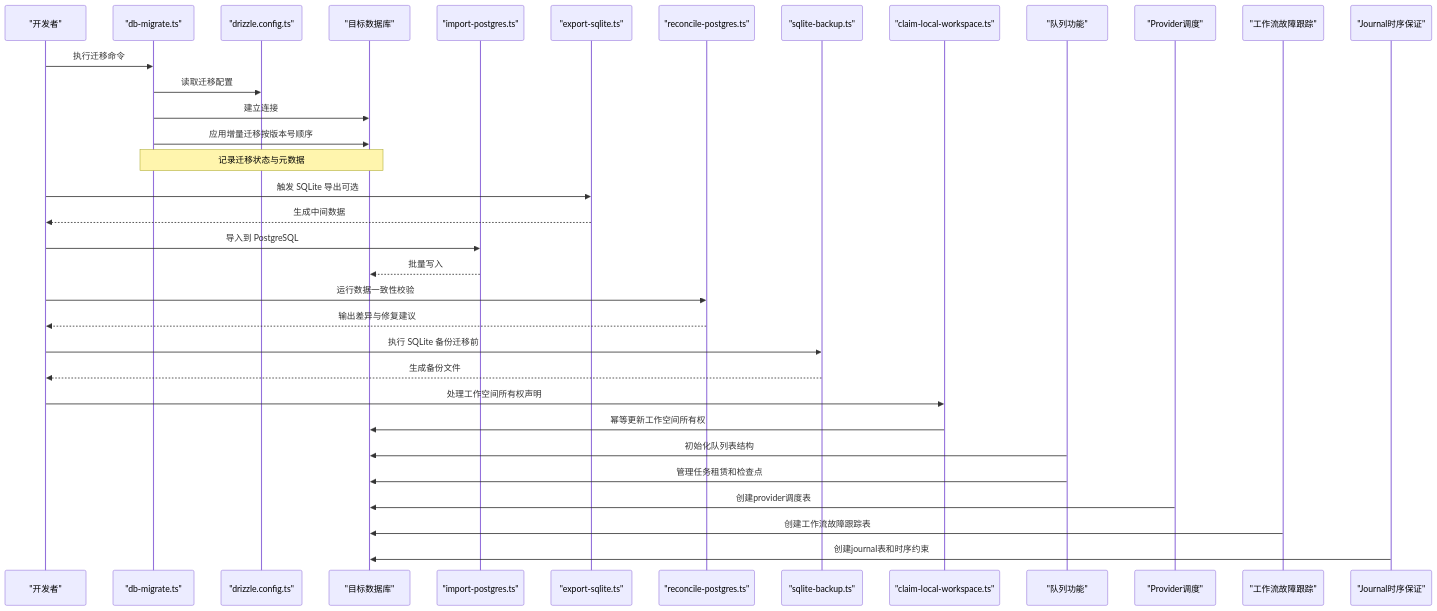
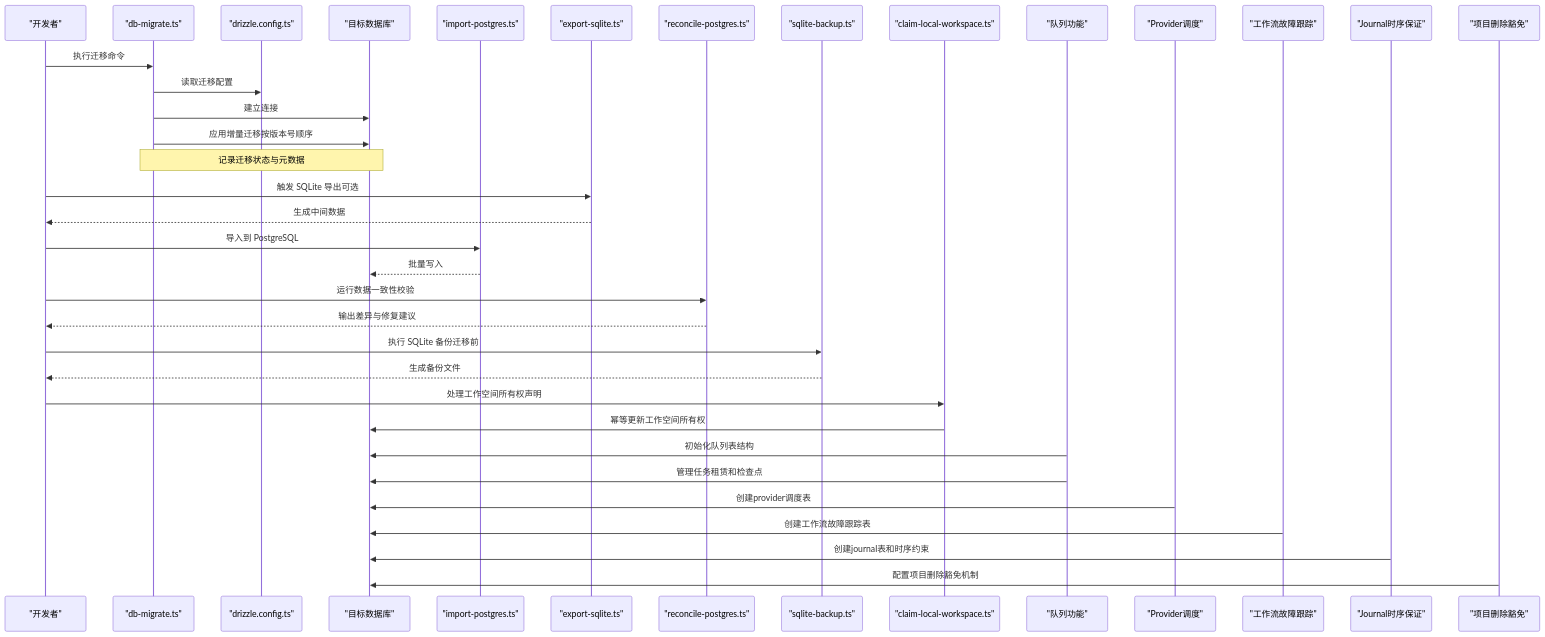
One commit to scottcwy/PurpleInk changed the second of 9 diagrams in .qoder/repowiki/zh/content/后端架构/数据访问层/数据迁移策略.md. Above: the diagram before and after it, drawn with Mermaid. The commit also changed other lines of this file and 23 other files, not shown here.

````diff
--- a/.qoder/repowiki/zh/content/后端架构/数据访问层/数据迁移策略.md
+++ b/.qoder/repowiki/zh/content/后端架构/数据访问层/数据迁移策略.md
@@ -119,36 +125,38 @@
 ```mermaid
 sequenceDiagram
 participant Dev as "开发者"
 participant CLI as "db-migrate.ts"
 participant Conf as "drizzle.config.ts"
 participant DB as "目标数据库"
 participant Import as "import-postgres.ts"
 participant Export as "export-sqlite.ts"
 participant Reconcile as "reconcile-postgres.ts"
 participant Backup as "sqlite-backup.ts"
 participant Claim as "claim-local-workspace.ts"
 participant Queue as "队列功能"
 participant Provider as "Provider调度"
 participant Fault as "工作流故障跟踪"
 participant Journal as "Journal时序保证"
+participant Purge as "项目删除豁免"
 Dev->>CLI : 执行迁移命令
 CLI->>Conf : 读取迁移配置
 CLI->>DB : 建立连接
 CLI->>DB : 应用增量迁移按版本号顺序
 Note over CLI,DB : 记录迁移状态与元数据
 Dev->>Export : 触发 SQLite 导出可选
 Export-->>Dev : 生成中间数据
 Dev->>Import : 导入到 PostgreSQL
 Import-->>DB : 批量写入
 Dev->>Reconcile : 运行数据一致性校验
 Reconcile-->>Dev : 输出差异与修复建议
 Dev->>Backup : 执行 SQLite 备份迁移前
 Backup-->>Dev : 生成备份文件
 Dev->>Claim : 处理工作空间所有权声明
 Claim->>DB : 幂等更新工作空间所有权
 Queue->>DB : 初始化队列表结构
 Queue->>DB : 管理任务租赁和检查点
 Provider->>DB : 创建provider调度表
 Fault->>DB : 创建工作流故障跟踪表
 Journal->>DB : 创建journal表和时序约束
+Purge->>DB : 配置项目删除豁免机制
 ```
````
